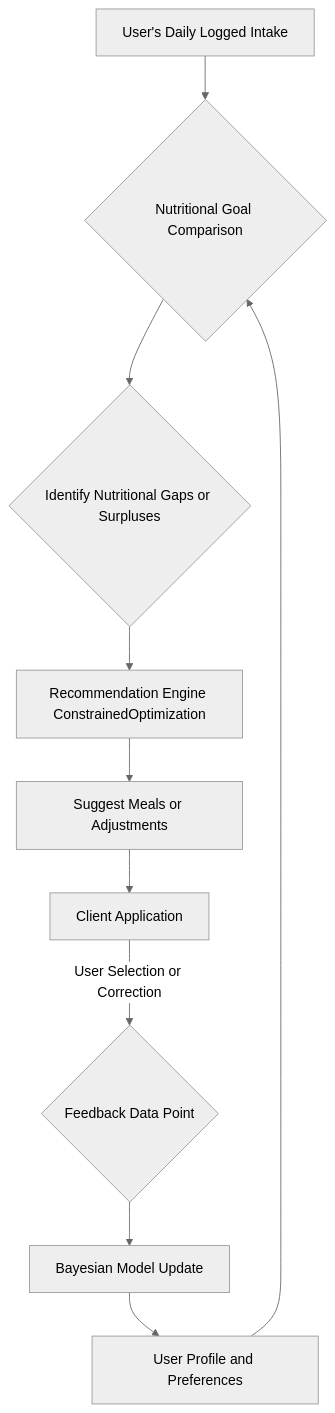
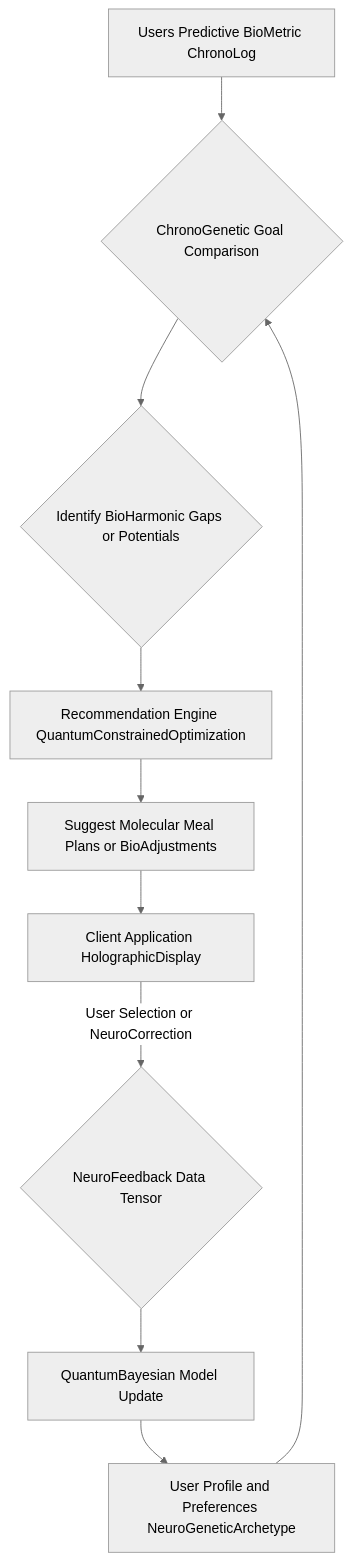
Before and after one commit to diplomat-bit/Citibank_Demo_Business_Inc_Demonstration-: the seventh of 9 diagrams in inventions/109_ai_nutritionist_from_food_photos.md, drawn with Mermaid (neutral theme). The commit also changed other lines of this file, not shown here.

````diff
--- a/inventions/109_ai_nutritionist_from_food_photos.md
+++ b/inventions/109_ai_nutritionist_from_food_photos.md
@@ -228,12 +270,12 @@
 ```mermaid
 graph TD
-    A[User's Daily Logged Intake] --> B{Nutritional Goal Comparison}
-    C[User Profile and Preferences] --> B
-    B --> D{Identify Nutritional Gaps or Surpluses}
-    D --> E[Recommendation Engine ConstrainedOptimization]
-    E --> F[Suggest Meals or Adjustments]
-    F --> G[Client Application]
-    G -- User Selection or Correction --> H{Feedback Data Point}
-    H --> I[Bayesian Model Update]
+    A[Users Predictive BioMetric ChronoLog] --> B{ChronoGenetic Goal Comparison}
+    C[User Profile and Preferences NeuroGeneticArchetype] --> B
+    B --> D{Identify BioHarmonic Gaps or Potentials}
+    D --> E[Recommendation Engine QuantumConstrainedOptimization]
+    E --> F[Suggest Molecular Meal Plans or BioAdjustments]
+    F --> G[Client Application HolographicDisplay]
+    G -- User Selection or NeuroCorrection --> H{NeuroFeedback Data Tensor}
+    H --> I[QuantumBayesian Model Update]
     I --> C
 ```
````
